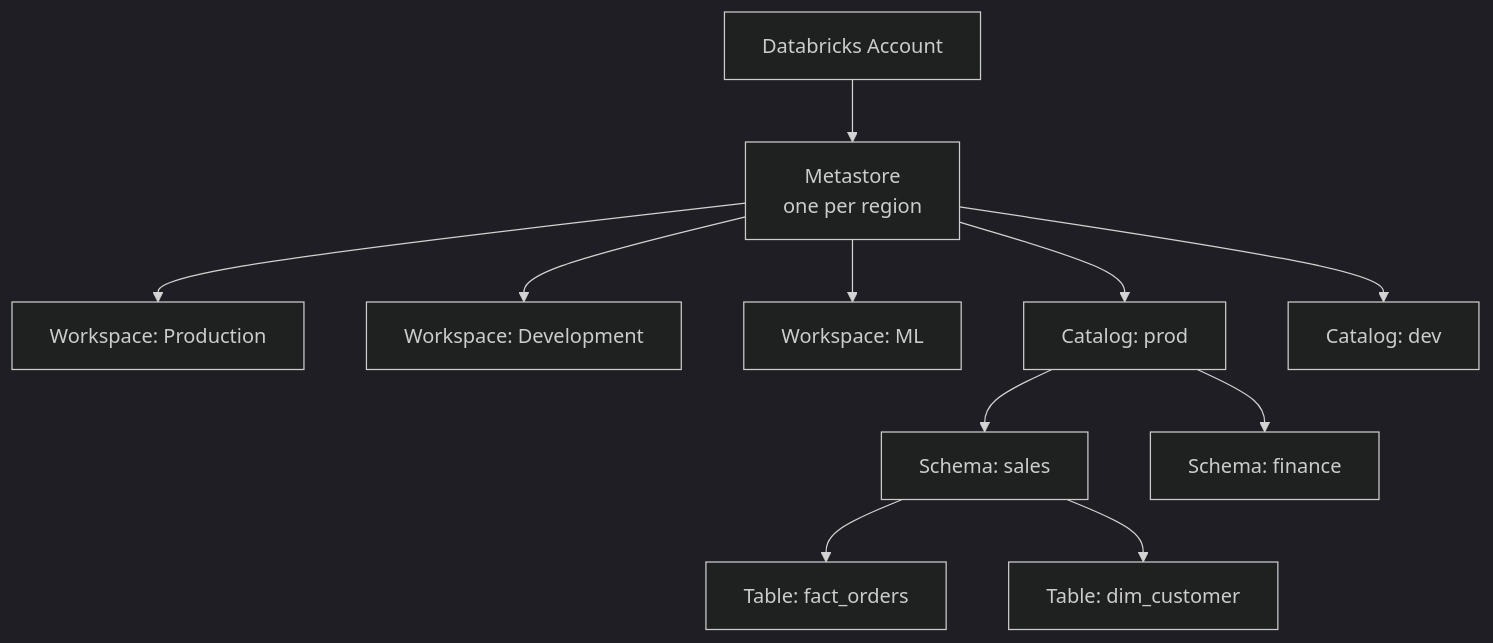
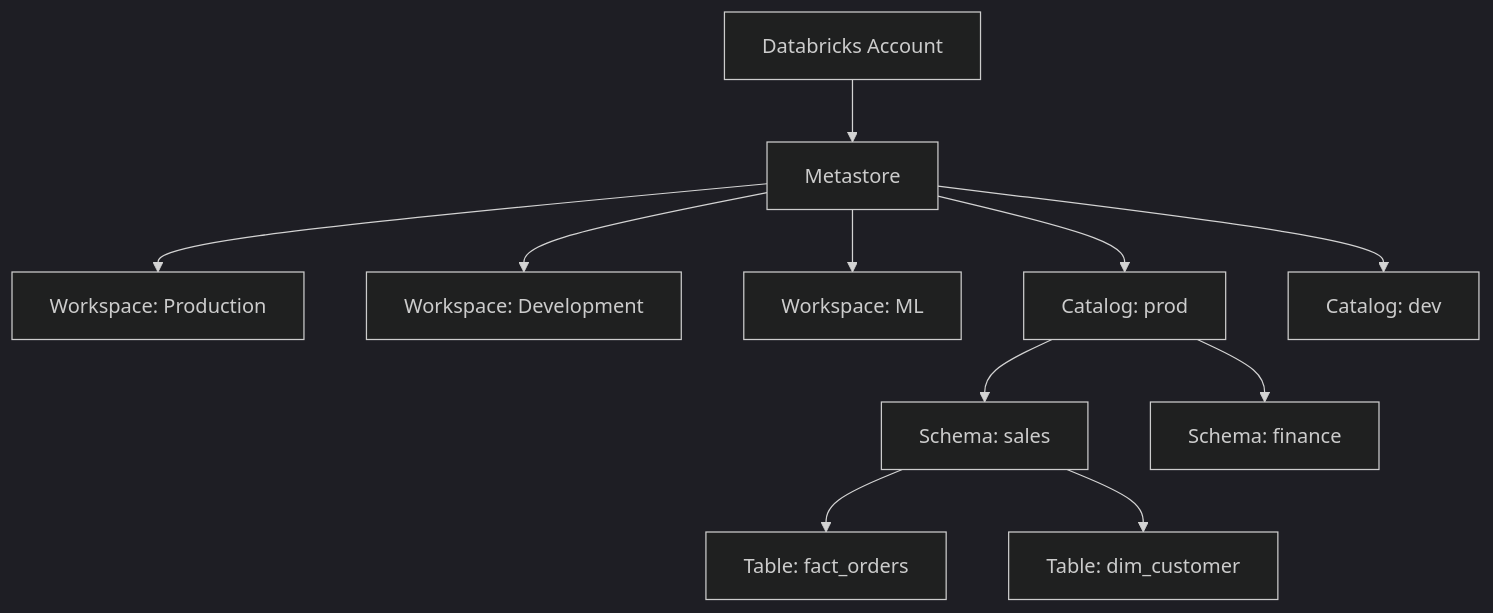
Before and after one commit to gcmishra7/data-engineering-helper: the diagram in 03-governance/04-unity-catalog-overview.md, drawn with Mermaid (dark theme). The commit also changed other lines of this file and 57 other files, not shown here.

First line of the commit message:
Shorten mermaid node labels to fix text truncation on GitHub

````diff
--- a/03-governance/04-unity-catalog-overview.md
+++ b/03-governance/04-unity-catalog-overview.md
@@ -8,14 +8,14 @@
 ```mermaid
 graph TD
-    A[Databricks Account] --> M[Metastore<br/>one per region]
+    A[Databricks Account] --> M[Metastore]
     M --> W1[Workspace: Production]
     M --> W2[Workspace: Development]
     M --> W3[Workspace: ML]
 
     M --> Cat1[Catalog: prod]
     M --> Cat2[Catalog: dev]
     Cat1 --> Sch1[Schema: sales]
     Cat1 --> Sch2[Schema: finance]
     Sch1 --> T1[Table: fact_orders]
     Sch1 --> T2[Table: dim_customer]
 ```
````
